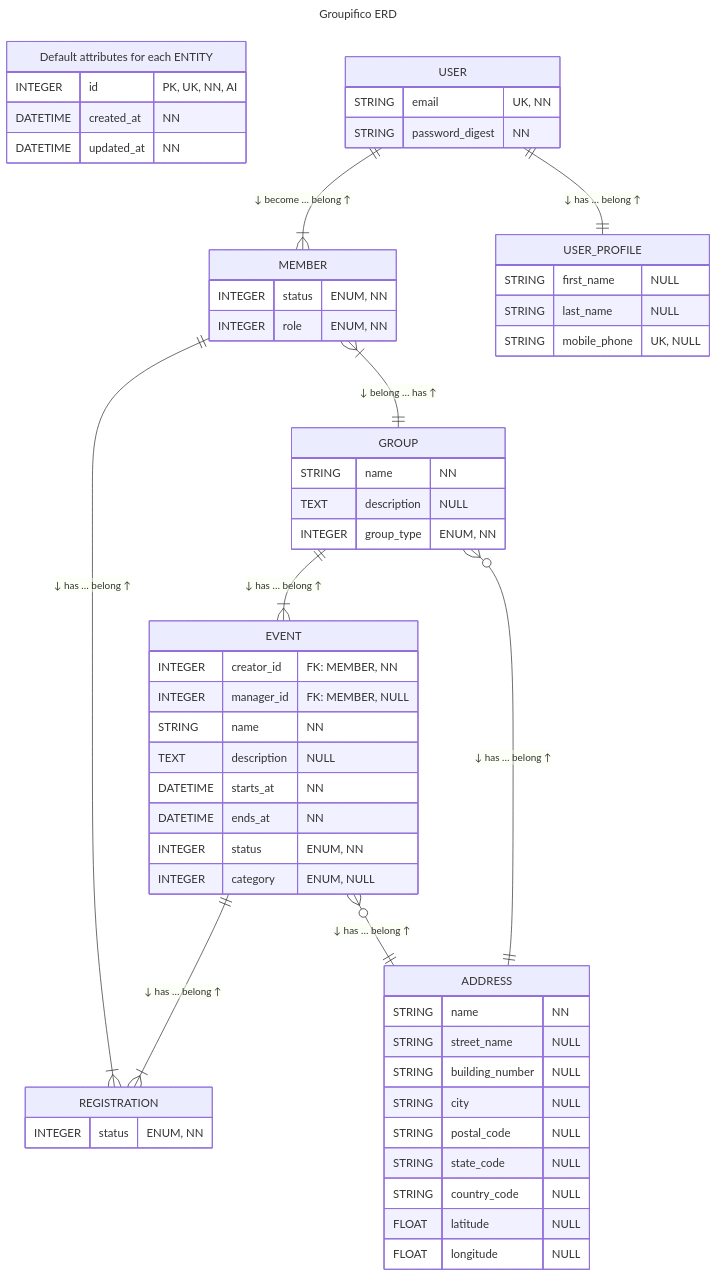
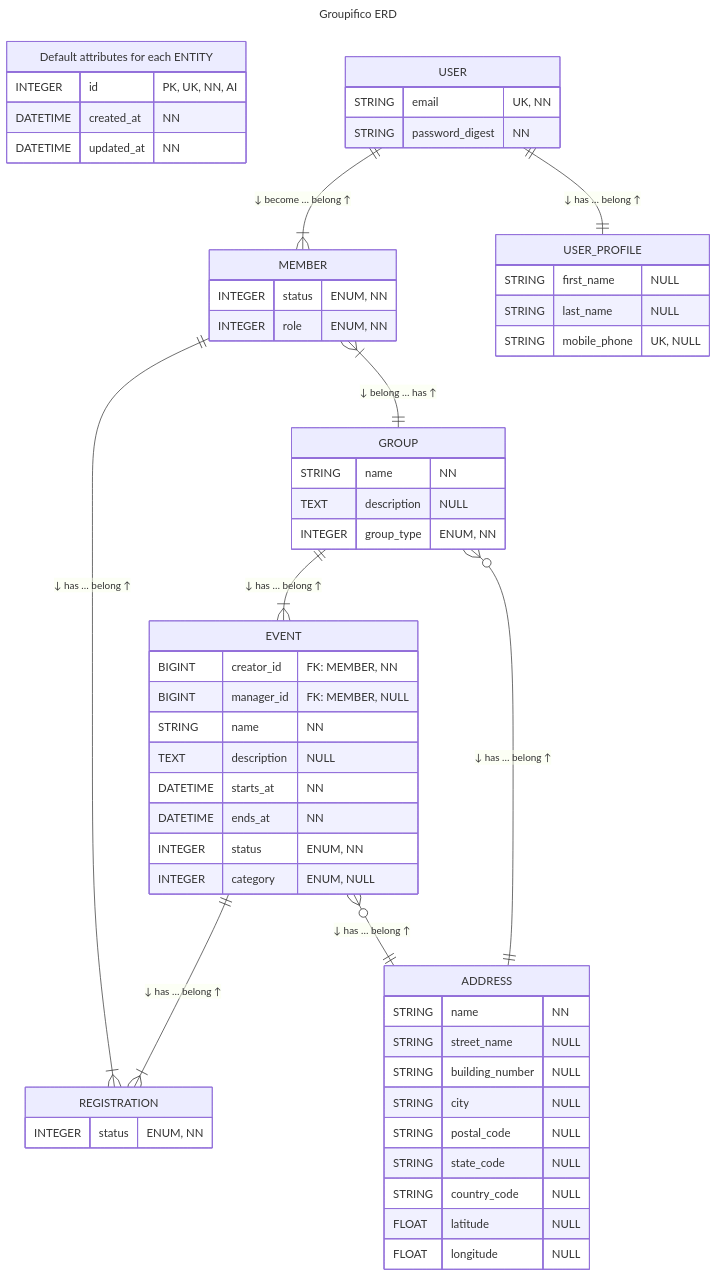
One commit to izkreny/groupifico changed the diagram in README.md. Above: the diagram before and after it, drawn with Mermaid.

Commit message:
docs: render creator_id and manager_id as bigint (#81)
> 🤖 Written by AI --- read/modified by izkreny! 🤓

RF2. Both columns are declared bigint in the database, verified against
the DDL rather than the schema dump: "creator_id" bigint NOT NULL and
"manager_id" bigint. The rendered layer said INTEGER, so every reader
on GitHub was told the wrong type while the source of the same section
said otherwise.

bigint is a Rails column type, listed first in define_column_methods,
so this stays inside the Rails-types convention. The primary key stays
INTEGER on purpose: Rails uses bigint for primary keys on PostgreSQL,
MySQL and MariaDB and integer on SQLite, and the DDL confirms it,
"id" integer PRIMARY KEY AUTOINCREMENT.

```diff
--- a/README.md
+++ b/README.md
@@ -152,8 +152,8 @@
   %% FK: group_id ON DELETE CASCADE, address_id ON DELETE RESTRICT, both ON UPDATE CASCADE
   %% FK: creator_id and manager_id have no database constraint, they are Active Record associations only
   EVENT {
-    INTEGER  creator_id  "FK: MEMBER, NN"
-    INTEGER  manager_id  "FK: MEMBER, NULL"
+    BIGINT   creator_id  "FK: MEMBER, NN"
+    BIGINT   manager_id  "FK: MEMBER, NULL"
     %% name limit: 250 chars
     STRING   name        "NN"
     %% description limit: 100000 bytes at the column, validated at 25000 chars in the model
```
